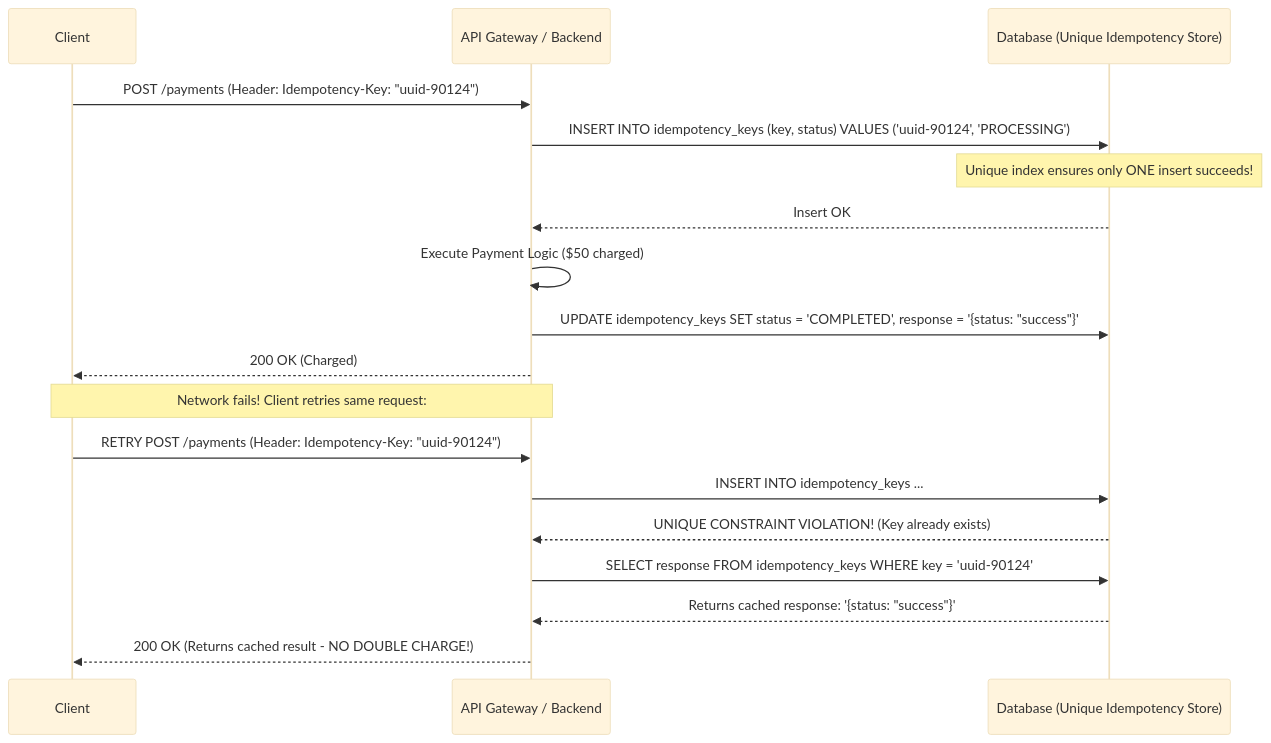
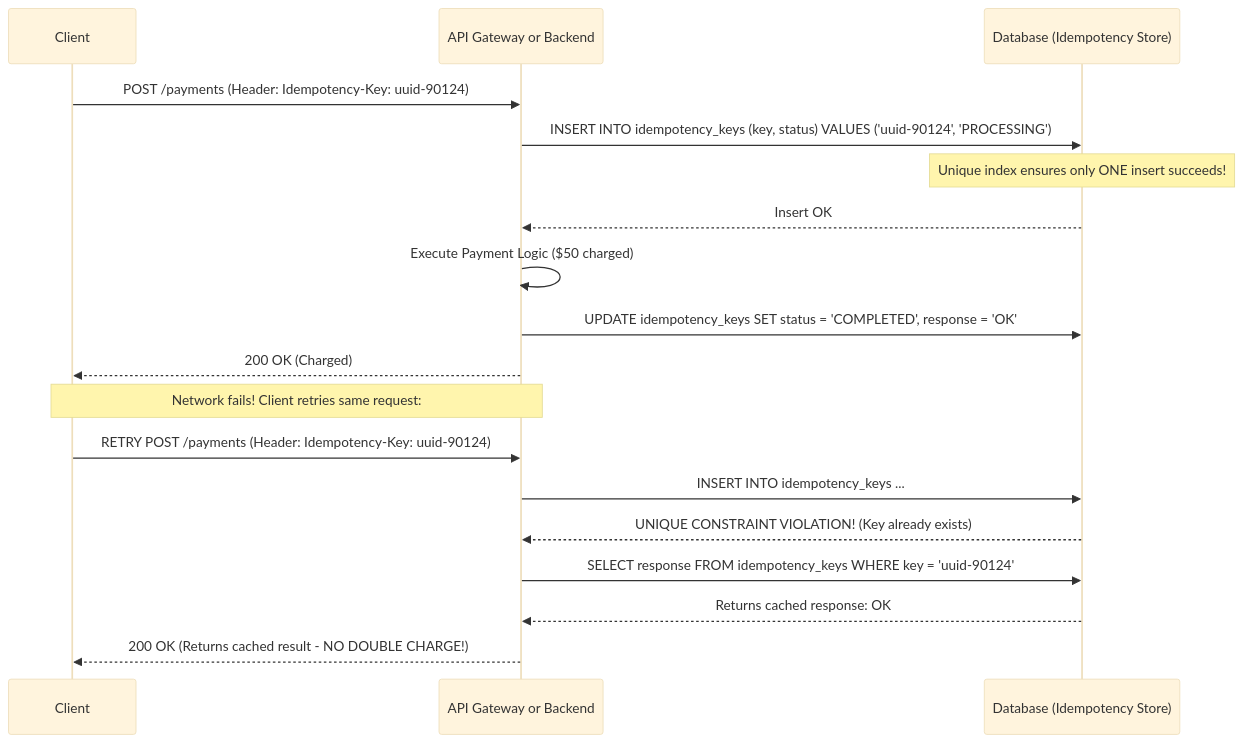
Before and after one commit to MohdMusaiyab/system-design: the sixth of 7 diagrams in Databases/10_Data_Consistency.md, drawn with Mermaid (base theme). The commit also changed other lines of this file and 6 other files, not shown here.

````diff
--- a/Databases/10_Data_Consistency.md
+++ b/Databases/10_Data_Consistency.md
@@ -323,22 +323,22 @@
 ```mermaid
 sequenceDiagram
     participant Client
-    participant API as API Gateway / Backend
-    participant DB as Database (Unique Idempotency Store)
+    participant API as API Gateway or Backend
+    participant DB as Database (Idempotency Store)
 
-    Client->>API: POST /payments (Header: Idempotency-Key: "uuid-90124")
-    API->>DB: INSERT INTO idempotency_keys (key, status) VALUES ('uuid-90124', 'PROCESSING');
+    Client->>API: POST /payments (Header: Idempotency-Key: uuid-90124)
+    API->>DB: INSERT INTO idempotency_keys (key, status) VALUES ('uuid-90124', 'PROCESSING')
     Note over DB: Unique index ensures only ONE insert succeeds!
     DB-->>API: Insert OK
     API->>API: Execute Payment Logic ($50 charged)
-    API->>DB: UPDATE idempotency_keys SET status = 'COMPLETED', response = '{status: "success"}';
+    API->>DB: UPDATE idempotency_keys SET status = 'COMPLETED', response = 'OK'
     API-->>Client: 200 OK (Charged)
 
     Note over Client,API: Network fails! Client retries same request:
-    Client->>API: RETRY POST /payments (Header: Idempotency-Key: "uuid-90124")
+    Client->>API: RETRY POST /payments (Header: Idempotency-Key: uuid-90124)
     API->>DB: INSERT INTO idempotency_keys ...
     DB-->>API: UNIQUE CONSTRAINT VIOLATION! (Key already exists)
-    API->>DB: SELECT response FROM idempotency_keys WHERE key = 'uuid-90124';
-    DB-->>API: Returns cached response: '{status: "success"}'
+    API->>DB: SELECT response FROM idempotency_keys WHERE key = 'uuid-90124'
+    DB-->>API: Returns cached response: OK
     API-->>Client: 200 OK (Returns cached result - NO DOUBLE CHARGE!)
 ```
````
